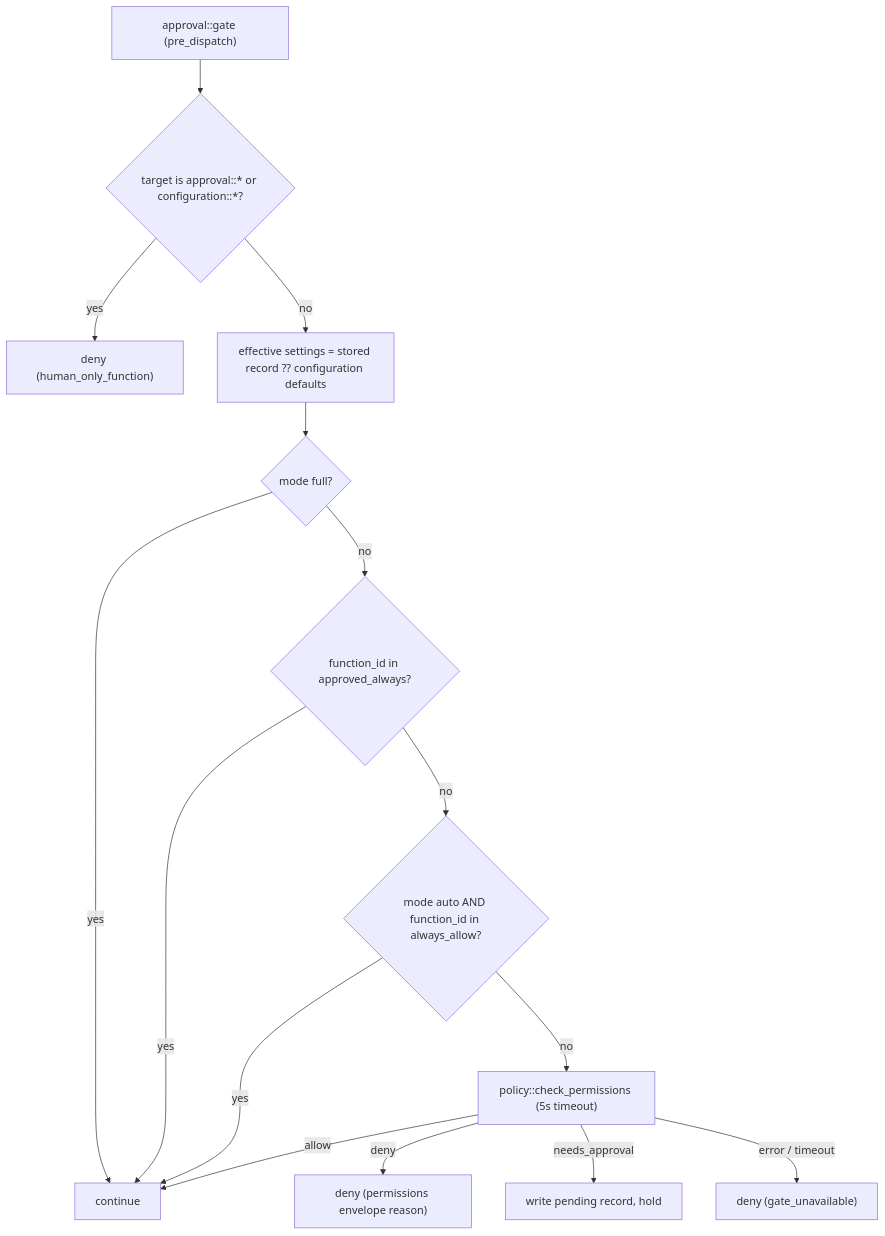
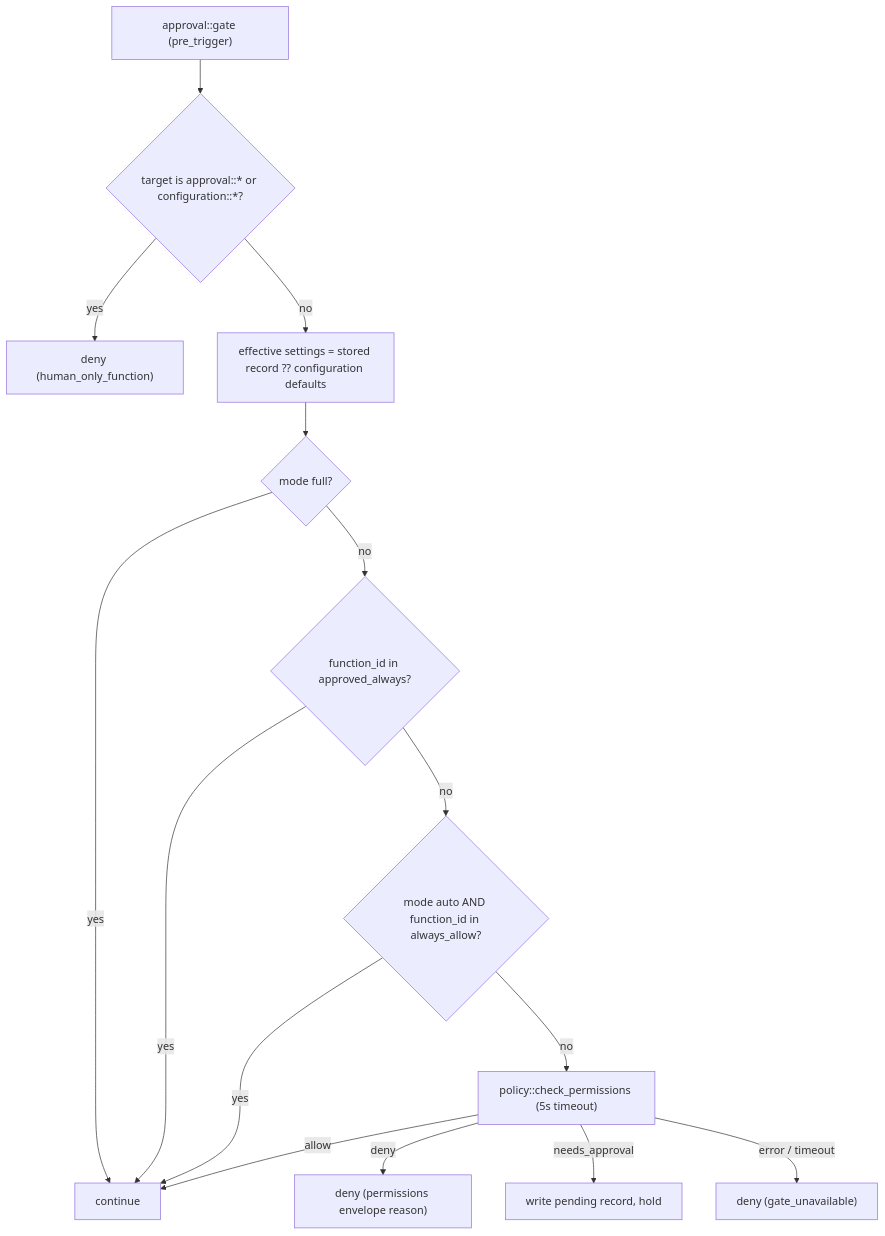
One commit to iii-hq/workers changed the second of 3 diagrams in tech-specs/2026-06-agentic/approval-gate.md. Above: the diagram before and after it, drawn with Mermaid. The commit also changed other lines of this file and 330 other files, not shown here.

````diff
--- a/tech-specs/2026-06-agentic/approval-gate.md
+++ b/tech-specs/2026-06-agentic/approval-gate.md
@@ -104,17 +104,17 @@
 ```mermaid
 flowchart TD
-  start["approval::gate (pre_dispatch)"] --> humanOnly{"target is approval::* or configuration::*?"}
+  start["approval::gate (pre_trigger)"] --> humanOnly{"target is approval::* or configuration::*?"}
   humanOnly -->|yes| deny1["deny (human_only_function)"]
   humanOnly -->|no| snapshot["effective settings = stored record ?? configuration defaults"]
   snapshot --> full{"mode full?"}
   full -->|yes| allow[continue]
   full -->|no| approvedAlways{"function_id in approved_always?"}
   approvedAlways -->|yes| allow
   approvedAlways -->|no| autoAllow{"mode auto AND function_id in always_allow?"}
   autoAllow -->|yes| allow
   autoAllow -->|no| yaml["policy::check_permissions (5s timeout)"]
   yaml -->|allow| allow
   yaml -->|deny| deny2["deny (permissions envelope reason)"]
   yaml -->|needs_approval| hold["write pending record, hold"]
   yaml -->|"error / timeout"| deny3["deny (gate_unavailable)"]
 ```
````
